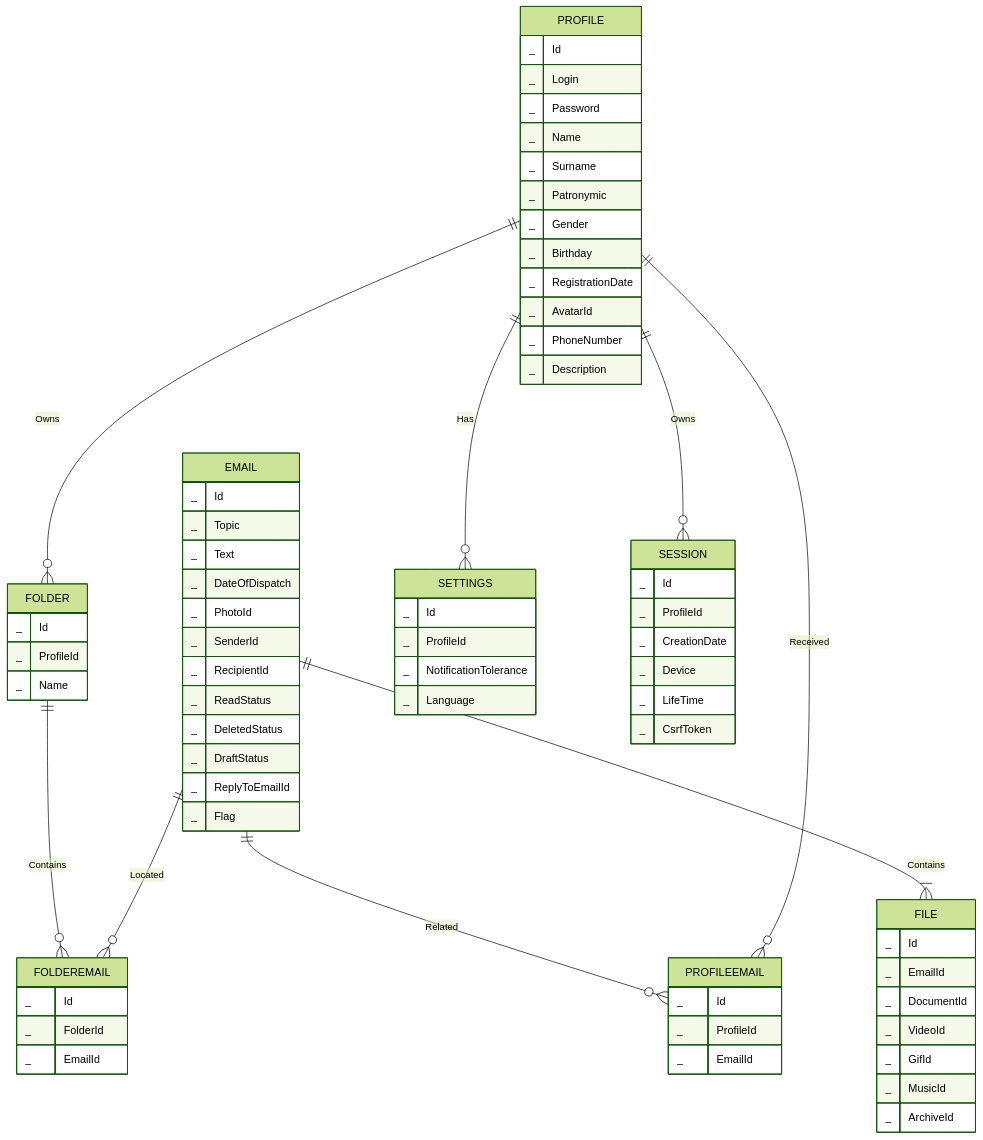
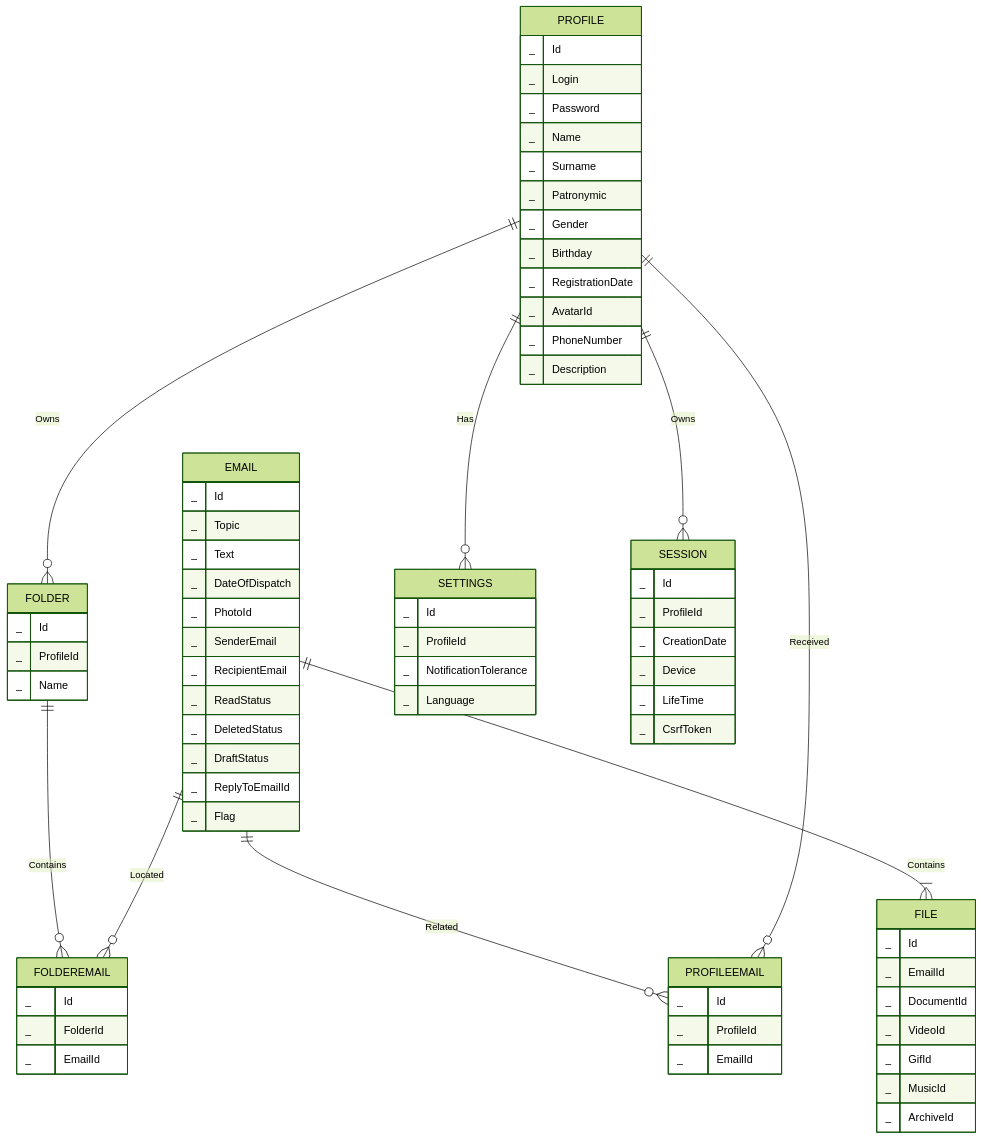
Before and after one commit to go-park-mail-ru/2024_1_Refugio: the second of 2 diagrams in db/normalized/relations.md, drawn with Mermaid (forest theme). The commit also changed other lines of this file, not shown here.

````diff
--- a/db/normalized/relations.md
+++ b/db/normalized/relations.md
@@ -89,78 +89,78 @@
 ```mermaid
 erDiagram
     PROFILE {
         _ Id
         _ Login
         _ Password
         _ Name
         _ Surname
         _ Patronymic
         _ Gender
         _ Birthday
         _ RegistrationDate
         _ AvatarId
         _ PhoneNumber
         _ Description
     }
     EMAIL {
         _ Id
         _ Topic
         _ Text
         _ DateOfDispatch
         _ PhotoId
-        _ SenderId
-        _ RecipientId
+        _ SenderEmail
+        _ RecipientEmail
         _ ReadStatus
         _ DeletedStatus
         _ DraftStatus
         _ ReplyToEmailId
         _ Flag
     }
     FILE {
         _ Id
         _ EmailId
         _ DocumentId
         _ VideoId
         _ GifId
         _ MusicId
         _ ArchiveId
     }
     PROFILEEMAIL {
         _ Id
         _ ProfileId
         _ EmailId
     }
     FOLDER {
         _ Id
         _ ProfileId
         _ Name
     }
     FOLDEREMAIL {
         _ Id
         _ FolderId
         _ EmailId
     }
     SETTINGS {
         _ Id
         _ ProfileId
         _ NotificationTolerance
         _ Language
     }
     SESSION {
         _ Id
         _ ProfileId
         _ CreationDate
         _ Device
         _ LifeTime
         _ CsrfToken
     }
 
     PROFILE ||--o{ SESSION : "Owns"
     PROFILE ||--o{ SETTINGS : "Has"
     PROFILE ||--o{ FOLDER : "Owns"
     FOLDER ||--o{ FOLDEREMAIL : "Contains"
     EMAIL ||--o{ FOLDEREMAIL : "Located"
     EMAIL ||--o{ PROFILEEMAIL : "Related"
     PROFILE ||--o{ PROFILEEMAIL : "Received"
     EMAIL ||--|{ FILE : "Contains"
 ```
````
